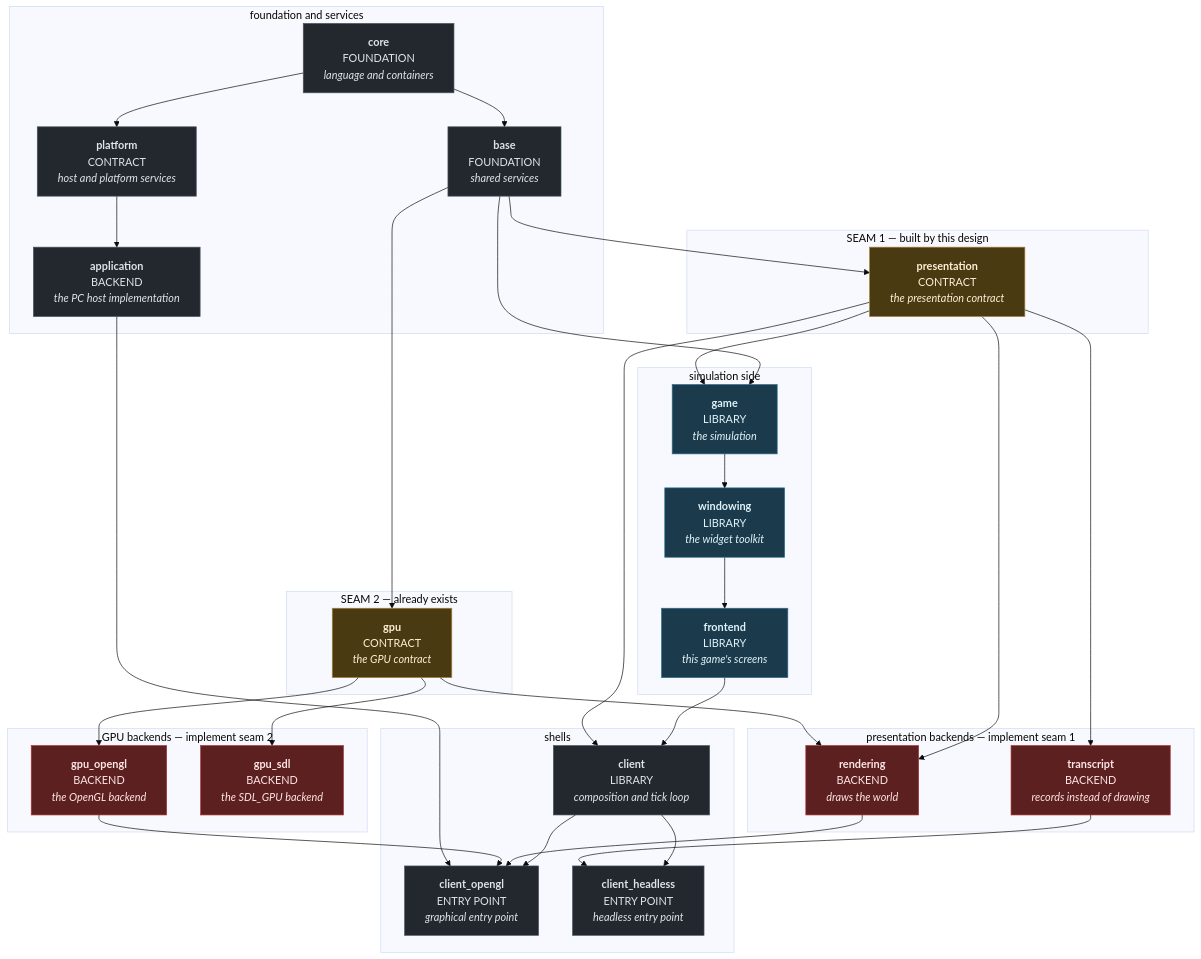
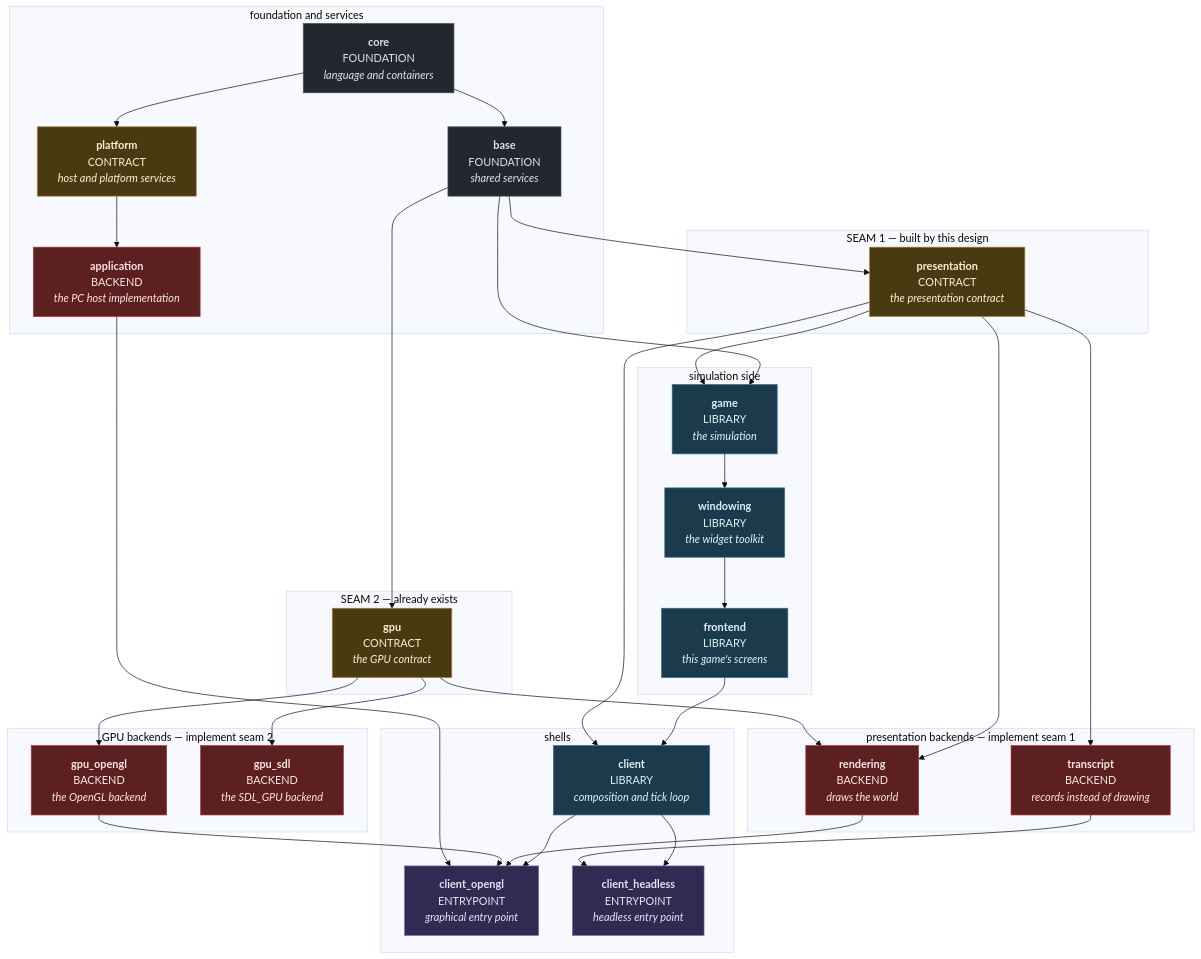
One commit to apnex/OpenStarbound changed the second of 2 diagrams in docs/superpowers/specs/2026-08-01-sovereign-headless-client-design.md. Above: the diagram before and after it, drawn with Mermaid (base theme). The commit also changed other lines of this file, not shown here.

````diff
--- a/docs/superpowers/specs/2026-08-01-sovereign-headless-client-design.md
+++ b/docs/superpowers/specs/2026-08-01-sovereign-headless-client-design.md
@@ -301,71 +306,73 @@
 ```mermaid
 flowchart TD
   subgraph FOUND ["foundation and services"]
     core["<b>core</b><br/>FOUNDATION<br/><i>language and containers</i>"]
     base["<b>base</b><br/>FOUNDATION<br/><i>shared services</i>"]
     platform["<b>platform</b><br/>CONTRACT<br/><i>host and platform services</i>"]
     app["<b>application</b><br/>BACKEND<br/><i>the PC host implementation</i>"]
   end
 
   subgraph SEAM1 ["SEAM 1 — built by this design"]
     contract["<b>presentation</b><br/>CONTRACT<br/><i>the presentation contract</i>"]
   end
 
   subgraph SIM ["simulation side"]
     game["<b>game</b><br/>LIBRARY<br/><i>the simulation</i>"]
     win["<b>windowing</b><br/>LIBRARY<br/><i>the widget toolkit</i>"]
     front["<b>frontend</b><br/>LIBRARY<br/><i>this game's screens</i>"]
   end
 
   subgraph PB ["presentation backends — implement seam 1"]
     rend["<b>rendering</b><br/>BACKEND<br/><i>draws the world</i>"]
     tr["<b>transcript</b><br/>BACKEND<br/><i>records instead of drawing</i>"]
   end
 
   subgraph SEAM2 ["SEAM 2 — already exists"]
     gpu["<b>gpu</b><br/>CONTRACT<br/><i>the GPU contract</i>"]
   end
 
   subgraph GB ["GPU backends — implement seam 2"]
     glb["<b>gpu_opengl</b><br/>BACKEND<br/><i>the OpenGL backend</i>"]
     sdlb["<b>gpu_sdl</b><br/>BACKEND<br/><i>the SDL_GPU backend</i>"]
   end
 
   subgraph SH ["shells"]
     shell["<b>client</b><br/>LIBRARY<br/><i>composition and tick loop</i>"]
-    cgl["<b>client_opengl</b><br/>ENTRY POINT<br/><i>graphical entry point</i>"]
-    chl["<b>client_headless</b><br/>ENTRY POINT<br/><i>headless entry point</i>"]
+    cgl["<b>client_opengl</b><br/>ENTRYPOINT<br/><i>graphical entry point</i>"]
+    chl["<b>client_headless</b><br/>ENTRYPOINT<br/><i>headless entry point</i>"]
   end
 
   core --> base
   core --> platform
   platform --> app
   base --> contract
   base --> gpu
   base --> game
   contract --> game
   game --> win
   win --> front
   front --> shell
   contract --> rend
   contract --> tr
   contract --> shell
   gpu --> rend
   gpu --> glb
   gpu --> sdlb
   shell --> cgl
   shell --> chl
   rend --> cgl
   glb --> cgl
   app --> cgl
   tr --> chl
 
-  classDef sim fill:#1b3a4b,stroke:#2c6e8f,color:#e0f2f9
-  classDef pix fill:#5c2020,stroke:#a33,color:#ffe5e5
-  classDef joint fill:#4a3a12,stroke:#a8813a,color:#fdf0d5
-  classDef found fill:#23282f,stroke:#4a545e,color:#dfe4ea
-  class game,win,front sim
-  class rend,tr,glb,sdlb pix
-  class contract,gpu joint
-  class core,base,platform,app,shell,cgl,chl found
+  classDef kFoundation fill:#23282f,stroke:#4a545e,color:#dfe4ea
+  classDef kContract   fill:#4a3a12,stroke:#a8813a,color:#fdf0d5
+  classDef kBackend    fill:#5c2020,stroke:#aa3333,color:#ffe5e5
+  classDef kLibrary    fill:#1b3a4b,stroke:#2c6e8f,color:#e0f2f9
+  classDef kEntrypoint fill:#332a52,stroke:#6d5fa8,color:#e8e2f8
+  class core,base kFoundation
+  class platform,contract,gpu kContract
+  class app,rend,tr,glb,sdlb kBackend
+  class game,win,front,shell kLibrary
+  class cgl,chl kEntrypoint
 ```
````
